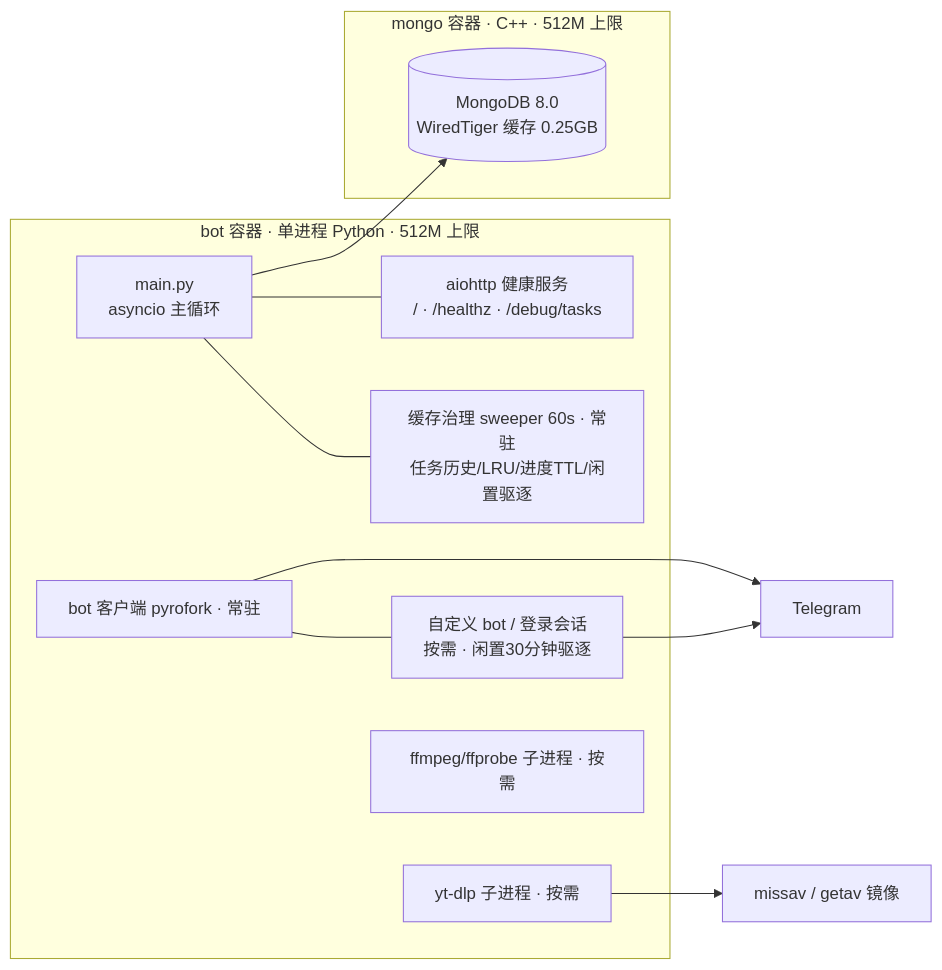
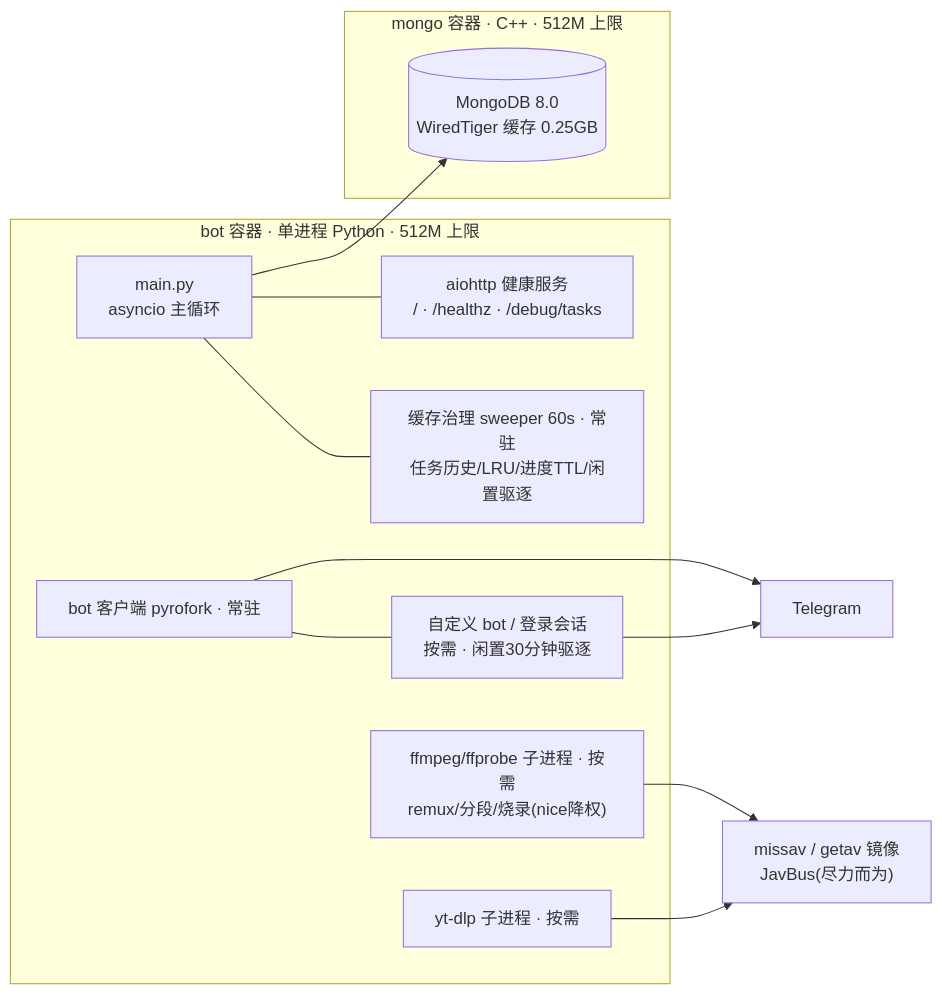
The diagram in README.md (paceyw/Save-Restricted-Bot-Chinese), drawn with Mermaid before and after one commit. The commit also changed other lines of this file, not shown here.

````diff
--- a/README.md
+++ b/README.md
@@ -63,22 +158,23 @@
 ```mermaid
 flowchart LR
     subgraph bot["bot 容器 · 单进程 Python · 512M 上限"]
         MAIN["main.py<br/>asyncio 主循环"]
         HEALTH["aiohttp 健康服务<br/>/ · /healthz · /debug/tasks"]
         APP["bot 客户端 pyrofork · 常驻"]
         SWEEP["缓存治理 sweeper 60s · 常驻<br/>任务历史/LRU/进度TTL/闲置驱逐"]
         CB["自定义 bot / 登录会话<br/>按需 · 闲置30分钟驱逐"]
         YTDLP["yt-dlp 子进程 · 按需"]
-        FF["ffmpeg/ffprobe 子进程 · 按需"]
+        FF["ffmpeg/ffprobe 子进程 · 按需<br/>remux/分段/烧录(nice降权)"]
     end
     subgraph mongo["mongo 容器 · C++ · 512M 上限"]
         MG[("MongoDB 8.0<br/>WiredTiger 缓存 0.25GB")]
     end
     MAIN --- HEALTH
     MAIN --- SWEEP
     APP --- CB
     MAIN --> MG
     APP --> TG["Telegram"]
     CB --> TG
-    YTDLP --> SRC["missav / getav 镜像"]
+    FF --> SRC["missav / getav 镜像<br/>JavBus(尽力而为)"]
+    YTDLP --> SRC
 ```
````
